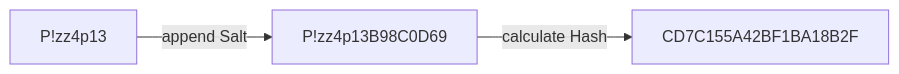
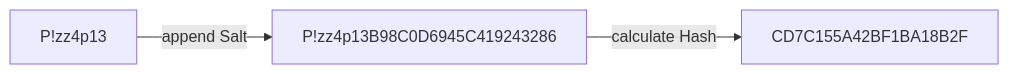
One commit to anieldev/demonet changed the second of 2 diagrams in README.md. Above: the diagram before and after it, drawn with Mermaid.

````diff
--- a/README.md
+++ b/README.md
@@ -46,8 +46,8 @@
 ```mermaid
 graph LR
 
-pass[P!zz4p13] -- append Salt --> salt[P!zz4p13B98C0D69] -- calculate Hash --> hash[CD7C155A42BF1BA18B2F]
+pass[P!zz4p13] -- append Salt --> salt[P!zz4p13B98C0D6945C419243286] -- calculate Hash --> hash[CD7C155A42BF1BA18B2F]
 
 
 
 ```
````
